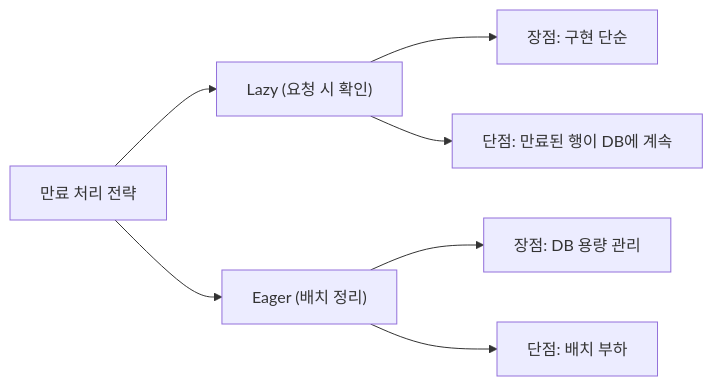
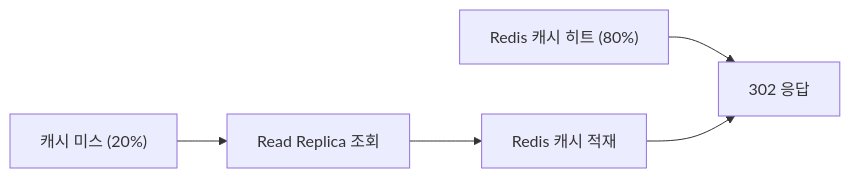
One commit to yjkim2015/yjkim2015.github.io changed the fifth of 6 diagrams in _posts/systemdesign/2026-05-02-system-design-url-shortener.md. Above: the diagram before and after it, drawn with Mermaid. The commit also changed other lines of this file and 4 other files, not shown here.

````diff
--- a/_posts/systemdesign/2026-05-02-system-design-url-shortener.md
+++ b/_posts/systemdesign/2026-05-02-system-design-url-shortener.md
@@ -331,9 +497,7 @@
 ```mermaid
 graph LR
-    A["만료 처리 전략"] --> B["Lazy (요청 시 확인)"]
-    A --> C["Eager (배치 정리)"]
-    B --> B1["장점: 구현 단순"]
-    B --> B2["단점: 만료된 행이 DB에 계속"]
-    C --> C1["장점: DB 용량 관리"]
-    C --> C2["단점: 배치 부하"]
+    HIT["Redis 캐시 히트 (80%)"] --> R302["302 응답"]
+    MISS["캐시 미스 (20%)"] --> DB["Read Replica 조회"]
+    DB --> WARM["Redis 캐시 적재"]
+    WARM --> R302
 ```
````
